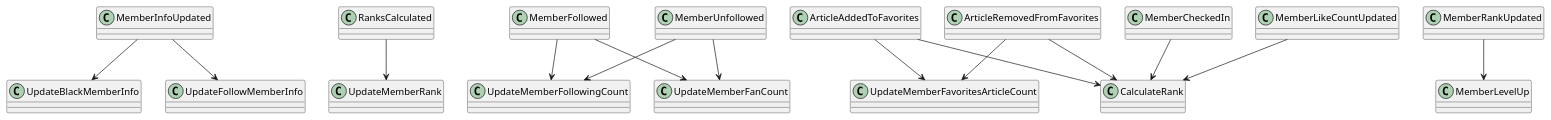
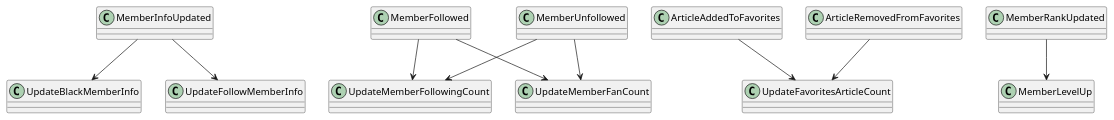
One commit to LDmoxeii/only4-KSP-cap4j changed the diagram in design/domain/member/relationEC.puml. Above: the diagram before and after it, drawn with PlantUML. The commit also changed 79 other files, not shown here.

```diff
--- a/design/domain/member/relationEC.puml
+++ b/design/domain/member/relationEC.puml
@@ -1,16 +1,11 @@
 @startuml
-MemberInfoUpdated               -down-> UpdateBlackMemberInfo
-MemberInfoUpdated               -down-> UpdateFollowMemberInfo
-RanksCalculated                 -down-> UpdateMemberRank
-MemberFollowed                  -down-> UpdateMemberFollowingCount
-MemberFollowed                  -down-> UpdateMemberFanCount
-MemberUnfollowed                -down-> UpdateMemberFollowingCount
-MemberUnfollowed                -down-> UpdateMemberFanCount
-ArticleAddedToFavorites         -down-> UpdateMemberFavoritesArticleCount
-ArticleRemovedFromFavorites     -down-> UpdateMemberFavoritesArticleCount
-MemberCheckedIn                 -down-> CalculateRank
-ArticleAddedToFavorites         -down-> CalculateRank
-ArticleRemovedFromFavorites     -down-> CalculateRank
-MemberLikeCountUpdated          -down-> CalculateRank
-MemberRankUpdated               -down-> MemberLevelUp
+MemberInfoUpdated           -down-> UpdateBlackMemberInfo
+MemberInfoUpdated           -down-> UpdateFollowMemberInfo
+MemberFollowed              -down-> UpdateMemberFollowingCount
+MemberFollowed              -down-> UpdateMemberFanCount
+MemberUnfollowed            -down-> UpdateMemberFollowingCount
+MemberUnfollowed            -down-> UpdateMemberFanCount
+ArticleAddedToFavorites     -down-> UpdateFavoritesArticleCount
+ArticleRemovedFromFavorites -down-> UpdateFavoritesArticleCount
+MemberRankUpdated           -down-> MemberLevelUp
 @enduml
```
